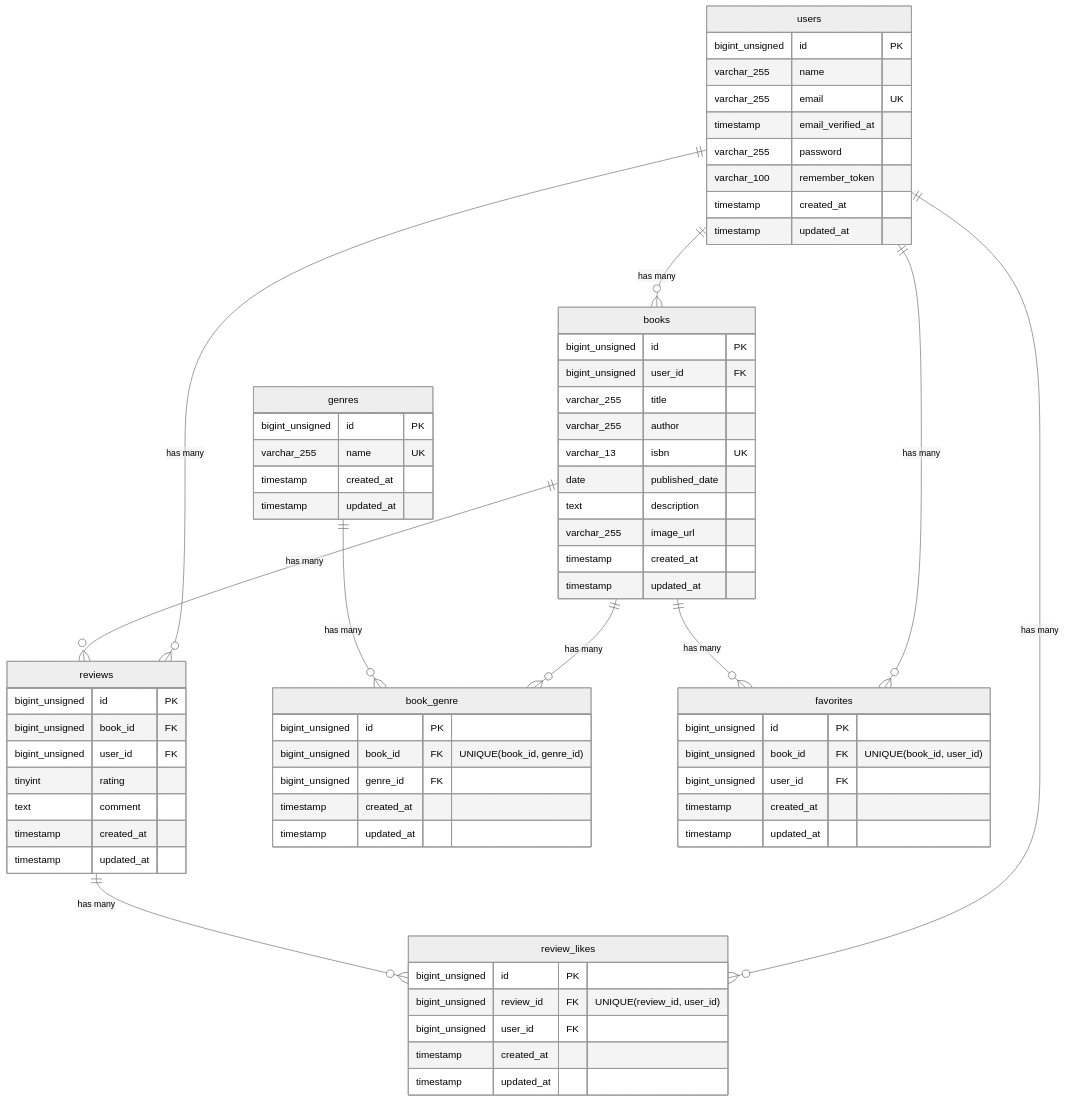
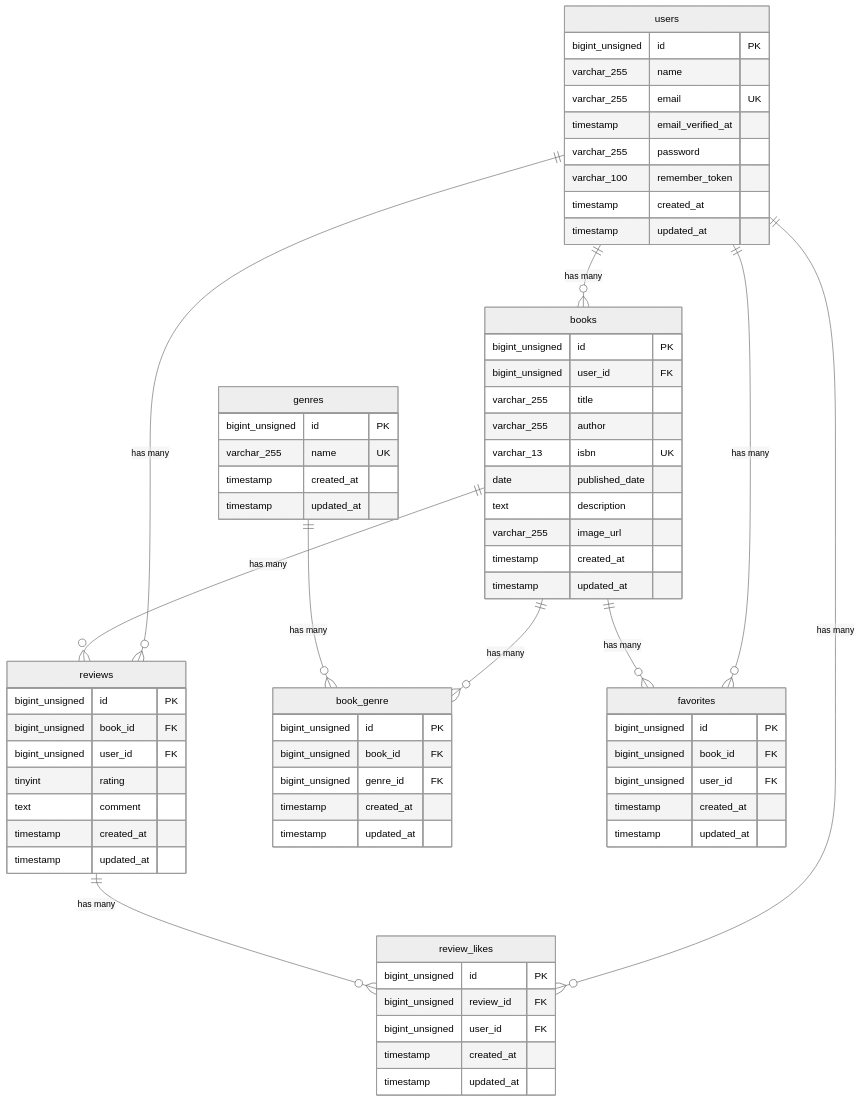
The diagram in README.md (akasho326/bookshelf-app), drawn with Mermaid (neutral theme) before and after one commit. The commit also changed other lines of this file, not shown here.

Commit message:
Add ER diagram to README

````diff
--- a/README.md
+++ b/README.md
@@ -2,77 +2,77 @@
 ```mermaid
 erDiagram
     users {
         bigint_unsigned id PK
         varchar_255 name
         varchar_255 email UK
         timestamp email_verified_at
         varchar_255 password
         varchar_100 remember_token
         timestamp created_at
         timestamp updated_at
     }
 
     genres {
         bigint_unsigned id PK
         varchar_255 name UK
         timestamp created_at
         timestamp updated_at
     }
 
     books {
         bigint_unsigned id PK
         bigint_unsigned user_id FK
         varchar_255 title
         varchar_255 author
         varchar_13 isbn UK
         date published_date
         text description
         varchar_255 image_url
         timestamp created_at
         timestamp updated_at
     }
 
     reviews {
         bigint_unsigned id PK
         bigint_unsigned book_id FK
         bigint_unsigned user_id FK
         tinyint rating
         text comment
         timestamp created_at
         timestamp updated_at
     }
 
     book_genre {
         bigint_unsigned id PK
-        bigint_unsigned book_id FK "UNIQUE(book_id, genre_id)"
+        bigint_unsigned book_id FK
         bigint_unsigned genre_id FK
         timestamp created_at
         timestamp updated_at
     }
 
     review_likes {
         bigint_unsigned id PK
-        bigint_unsigned review_id FK "UNIQUE(review_id, user_id)"
+        bigint_unsigned review_id FK
         bigint_unsigned user_id FK
         timestamp created_at
         timestamp updated_at
     }
 
     favorites {
         bigint_unsigned id PK
-        bigint_unsigned book_id FK "UNIQUE(book_id, user_id)"
+        bigint_unsigned book_id FK
         bigint_unsigned user_id FK
         timestamp created_at
         timestamp updated_at
     }
 
     users ||--o{ books : "has many"
     users ||--o{ reviews : "has many"
     users ||--o{ review_likes : "has many"
     users ||--o{ favorites : "has many"
     books ||--o{ reviews : "has many" 
     books ||--o{ favorites : "has many"
     books ||--o{ book_genre : "has many"
     genres ||--o{ book_genre : "has many"
     reviews ||--o{ review_likes : "has many"
 ```
````
